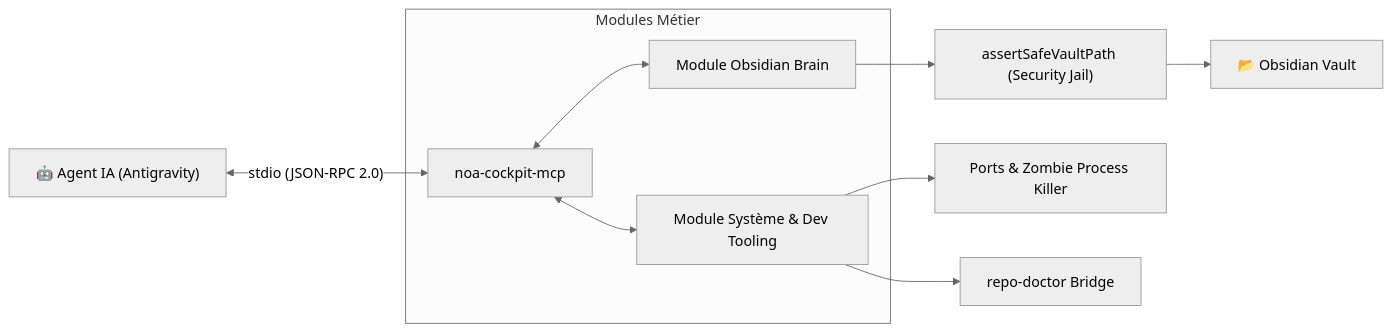
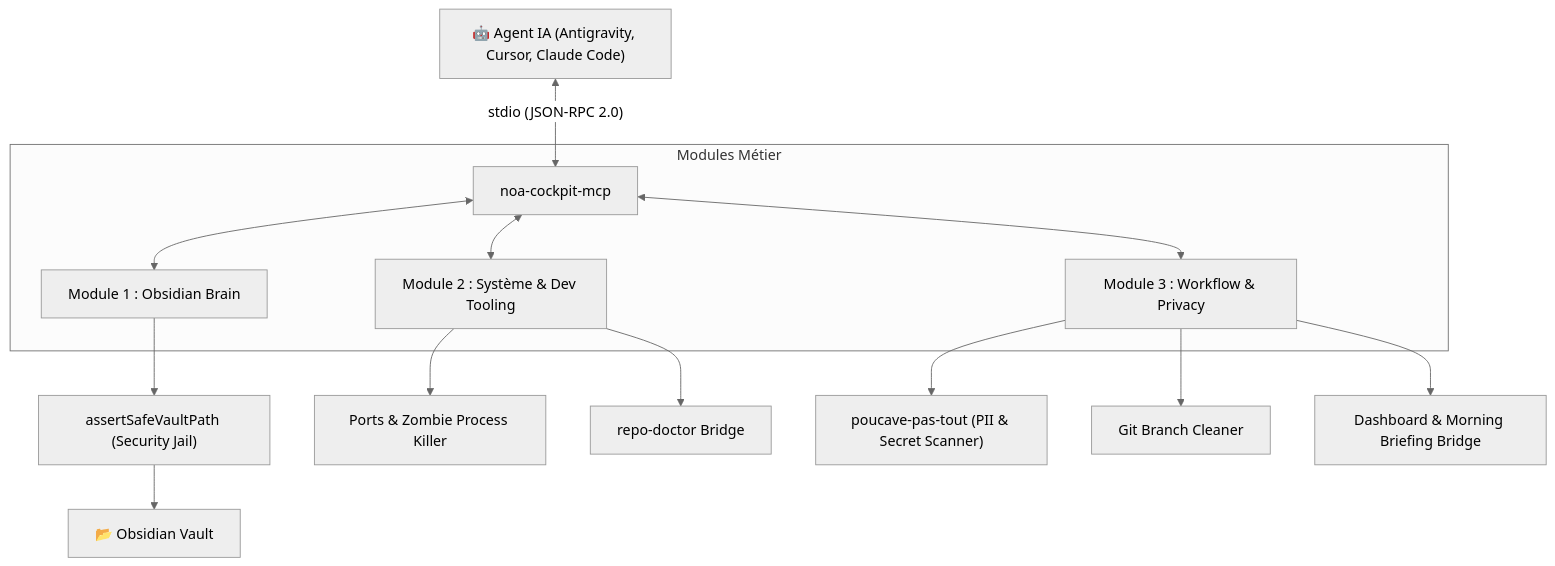
One commit to NewGamer62/noa-cockpit-mcp changed the diagram in README.md. Above: the diagram before and after it, drawn with Mermaid (neutral theme). The commit also changed other lines of this file and 8 other files, not shown here.

Commit message:
feat(workflow): implement slice 3 workflow tools (privacy_guard, branch_cleaner, dashboard_bridge)

````diff
--- a/README.md
+++ b/README.md
@@ -47,15 +48,20 @@
 ```mermaid
-flowchart LR
-    Agent["🤖 Agent IA (Antigravity)"] <-->|"stdio (JSON-RPC 2.0)"| Server["noa-cockpit-mcp"]
+flowchart TD
+    Agent["🤖 Agent IA (Antigravity, Cursor, Claude Code)"] <-->|"stdio (JSON-RPC 2.0)"| Server["noa-cockpit-mcp"]
     
     subgraph Modules["Modules Métier"]
-        Server <--> M1["Module Obsidian Brain"]
-        Server <--> M2["Module Système & Dev Tooling"]
+        Server <--> M1["Module 1 : Obsidian Brain"]
+        Server <--> M2["Module 2 : Système & Dev Tooling"]
+        Server <--> M3["Module 3 : Workflow & Privacy"]
     end
     
     M1 --> Security["assertSafeVaultPath (Security Jail)"]
     Security --> Vault["📂 Obsidian Vault"]
     
     M2 --> Ports["Ports & Zombie Process Killer"]
     M2 --> RepoDoc["repo-doctor Bridge"]
+    
+    M3 --> Privacy["poucave-pas-tout (PII & Secret Scanner)"]
+    M3 --> Branches["Git Branch Cleaner"]
+    M3 --> Dash["Dashboard & Morning Briefing Bridge"]
 ```
````
